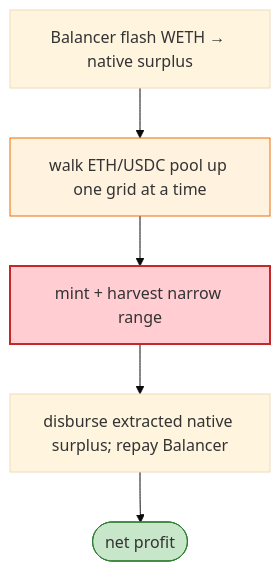
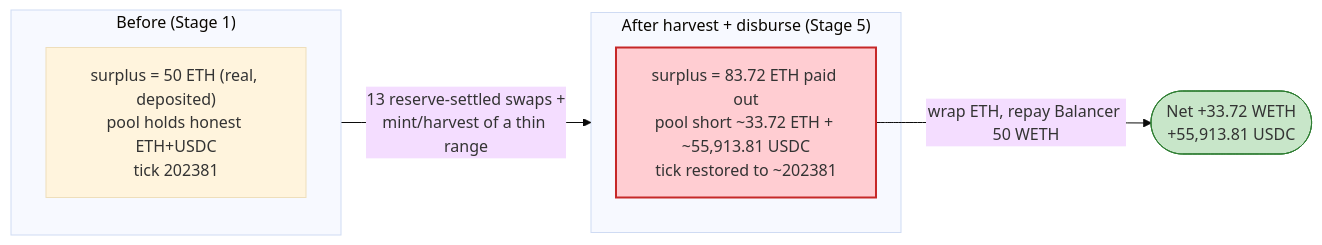
Before and after one commit to sanbir/evm-hack-registry: the fourth of 4 diagrams in 2026-06-AmbientCrocSwapDex_exp/AmbientCrocSwapDex_exp.md, drawn with Mermaid (base theme). The commit also changed other lines of this file and 32 other files, not shown here.

````diff
--- a/2026-06-AmbientCrocSwapDex_exp/AmbientCrocSwapDex_exp.md
+++ b/2026-06-AmbientCrocSwapDex_exp/AmbientCrocSwapDex_exp.md
@@ -40,11 +362,14 @@
 ```mermaid
-flowchart TD
-    FL["Balancer flash WETH → native surplus"] --> G["walk ETH/USDC pool up one grid at a time"]
-    G --> MH["mint + harvest narrow range"]
-    MH --> DIS["disburse extracted native surplus; repay Balancer"]
-    DIS --> OUT(["net profit"])
+flowchart LR
+    subgraph Before["Before (Stage 1)"]
+        Bp["surplus = 50 ETH (real, deposited)<br/>pool holds honest ETH+USDC<br/>tick 202381"]
+    end
+    subgraph After["After harvest + disburse (Stage 5)"]
+        Ap["surplus = 83.72 ETH paid out<br/>pool short ~33.72 ETH + ~55,913.81 USDC<br/>tick restored to ~202381"]
+    end
+    Before -->|"13 reserve-settled swaps +<br/>mint/harvest of a thin range"| After
+    Ap -->|"wrap ETH, repay Balancer 50 WETH"| Loot(["Net +33.72 WETH<br/>+55,913.81 USDC"])
 
-    style G fill:#fff3e0,stroke:#ef6c00
-    style MH fill:#ffcdd2,stroke:#c62828,stroke-width:2px
-    style OUT fill:#c8e6c9,stroke:#2e7d32
+    style Ap fill:#ffcdd2,stroke:#c62828,stroke-width:2px
+    style Loot fill:#c8e6c9,stroke:#2e7d32
 ```
````
